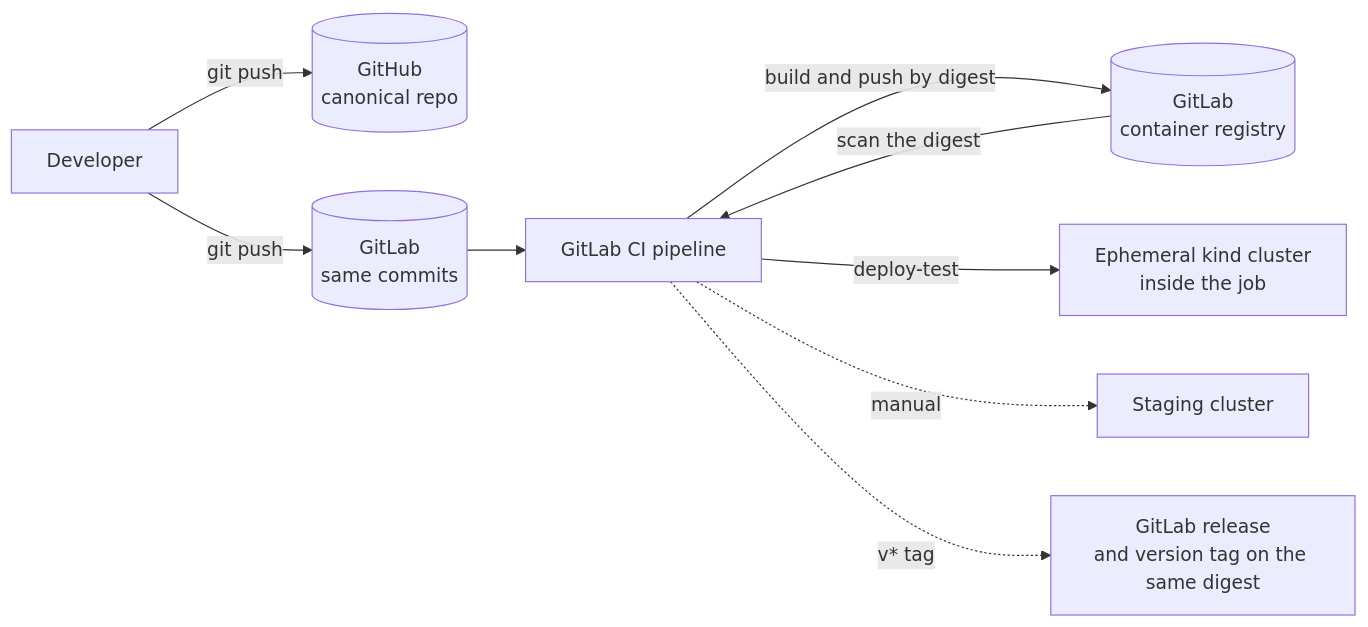
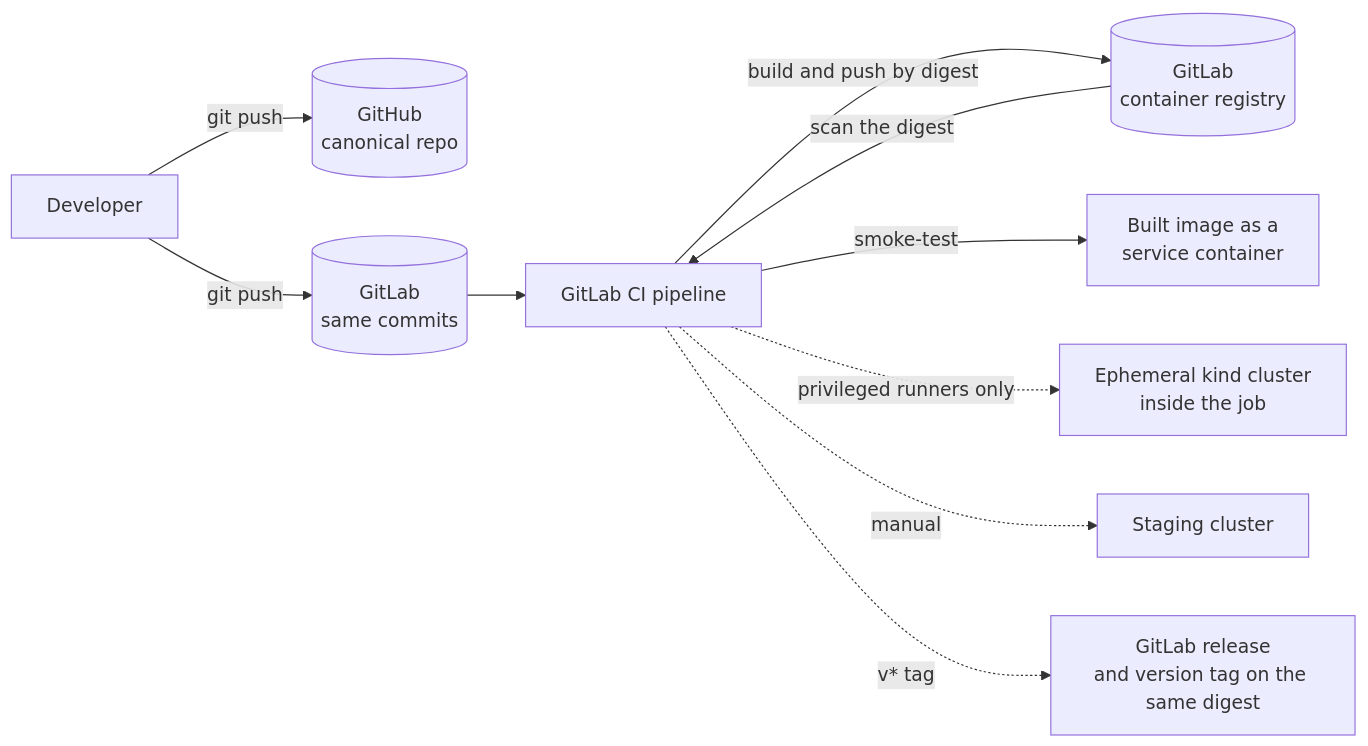
One commit to abhichandra-v/gitlab-cicd-container-security changed the first of 2 diagrams in README.md. Above: the diagram before and after it, drawn with Mermaid. The commit also changed other lines of this file and 10 other files, not shown here.

````diff
--- a/README.md
+++ b/README.md
@@ -28,11 +31,12 @@
 ```mermaid
 flowchart LR
   dev[Developer] -->|git push| gh[(GitHub<br/>canonical repo)]
   dev -->|git push| gl[(GitLab<br/>same commits)]
   gl --> ci[GitLab CI pipeline]
   ci -->|build and push by digest| reg[(GitLab<br/>container registry)]
   reg -->|scan the digest| ci
-  ci -->|deploy-test| kind[Ephemeral kind cluster<br/>inside the job]
+  ci -->|smoke-test| svc[Built image as a<br/>service container]
+  ci -.->|privileged runners only| kind[Ephemeral kind cluster<br/>inside the job]
   ci -.->|manual| stg[Staging cluster]
   ci -.->|v* tag| rel[GitLab release<br/>and version tag on the same digest]
 ```
````
